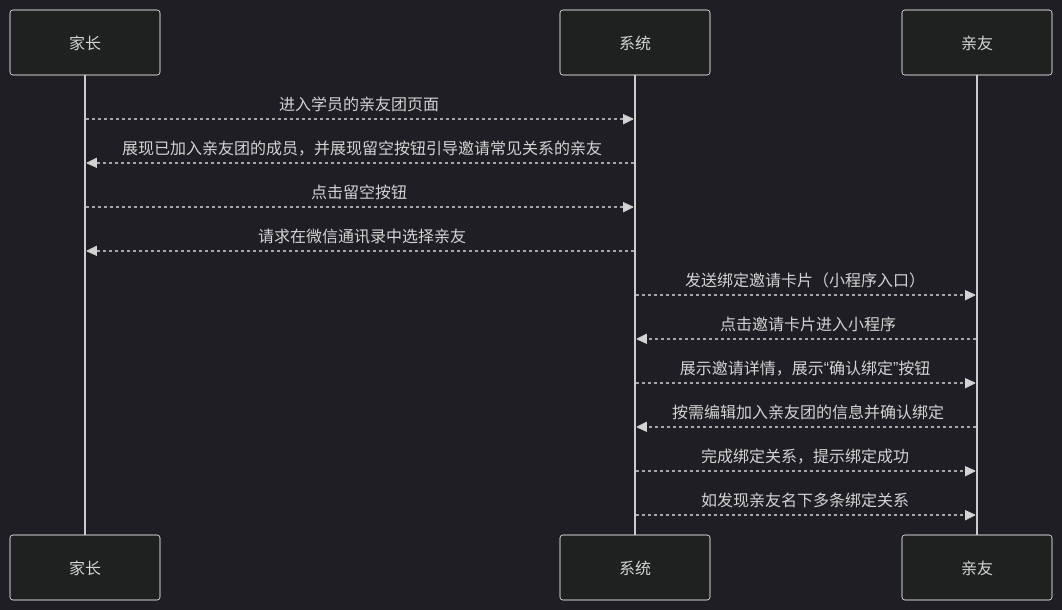
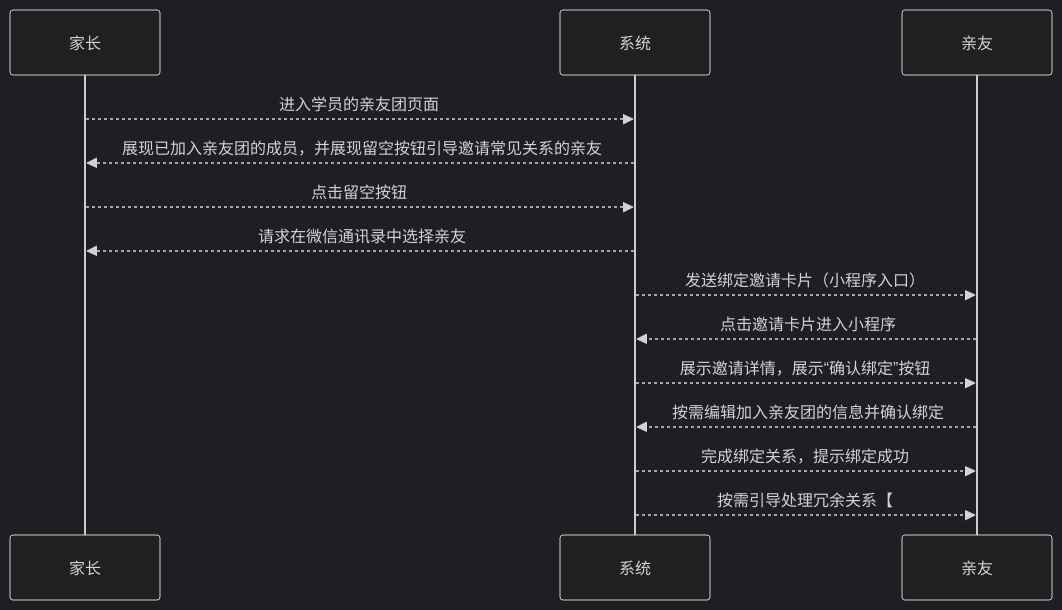
Before and after one commit to world-wide-web/sign: the first of 2 diagrams in 用例/家长-学员关系绑定.md, drawn with Mermaid (dark theme). The commit also changed other lines of this file, not shown here.

````diff
--- a/用例/家长-学员关系绑定.md
+++ b/用例/家长-学员关系绑定.md
@@ -10,24 +10,24 @@
 ```mermaid
 sequenceDiagram
 
 家长-->>系统: 进入学员的亲友团页面
 
 系统-->>家长: 展现已加入亲友团的成员，并展现留空按钮引导邀请常见关系的亲友
 
 家长-->>系统: 点击留空按钮
 
 系统-->>家长: 请求在微信通讯录中选择亲友
 
 系统-->>亲友: 发送绑定邀请卡片（小程序入口）
 
 亲友-->>系统: 点击邀请卡片进入小程序
 
 系统-->>亲友: 展示邀请详情，展示“确认绑定”按钮
 
 亲友-->>系统: 按需编辑加入亲友团的信息并确认绑定
 
 系统-->>亲友: 完成绑定关系，提示绑定成功
 
-系统-->>亲友: 如发现亲友名下多条绑定关系
+系统-->>亲友: 按需引导处理冗余关系【
 
 ```
````
